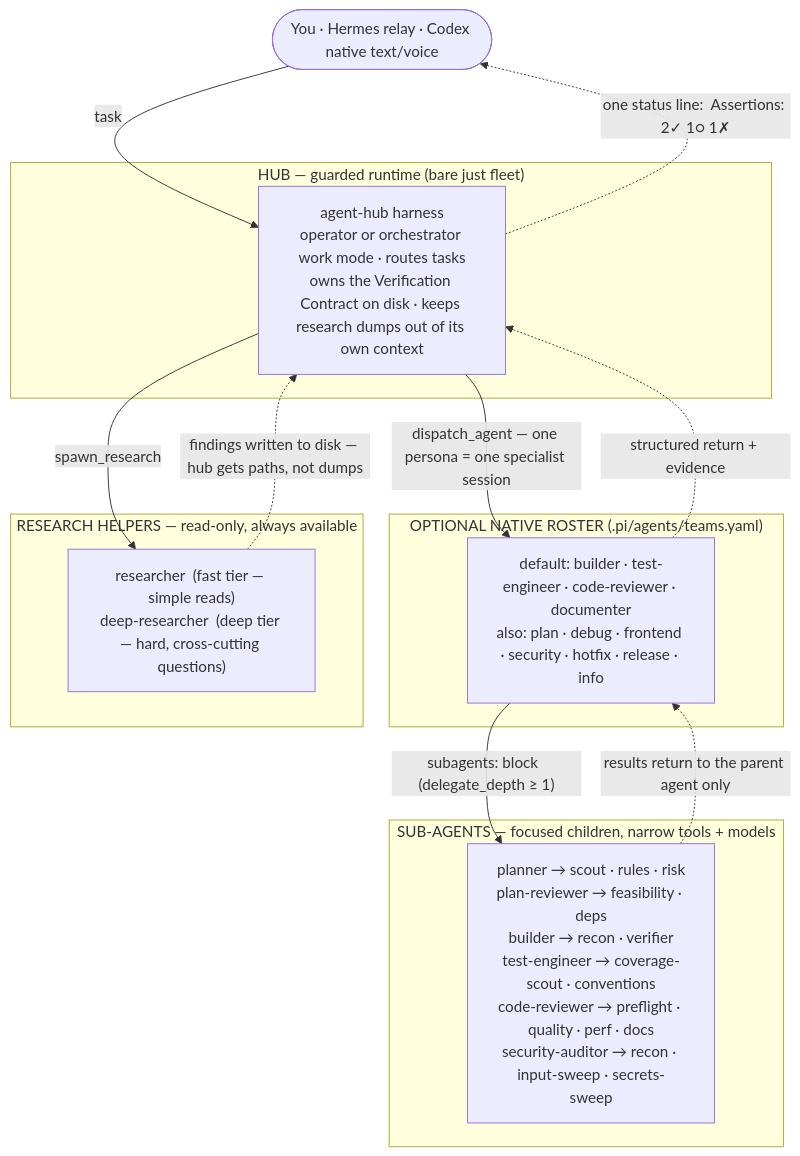
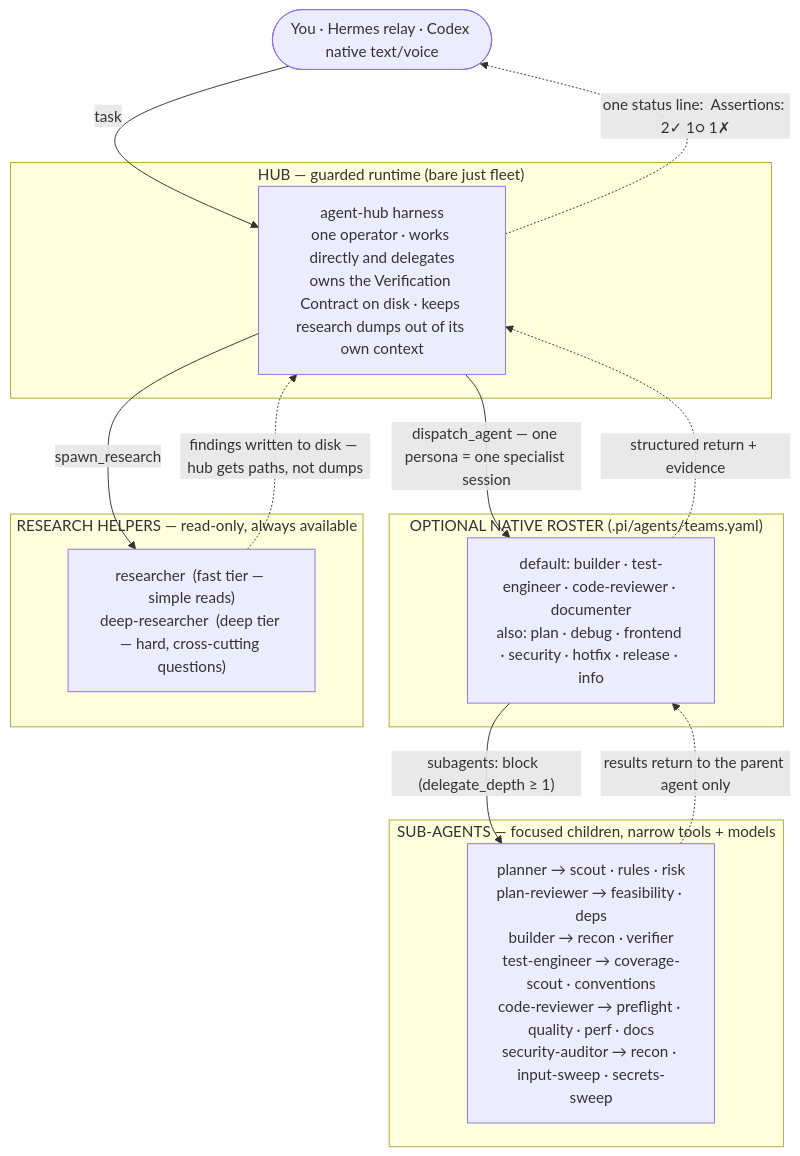
One commit to chankov/agent-fleet changed the first of 2 diagrams in docs/ARCHITECTURE.md. Above: the diagram before and after it, drawn with Mermaid. The commit also changed other lines of this file and 80 other files, not shown here.

First line of the commit message:
Remove the orchestrator work mode: the Hub has one operator

````diff
--- a/docs/ARCHITECTURE.md
+++ b/docs/ARCHITECTURE.md
@@ -206,29 +203,29 @@
 ```mermaid
 flowchart TD
     You(["You · Hermes relay · Codex native text/voice"])
 
     subgraph HUBL["HUB — guarded runtime  (bare just fleet)"]
-        Hub["agent-hub harness<br/>operator or orchestrator work mode · routes tasks<br/>owns the Verification Contract on disk · keeps research dumps out of its own context"]
+        Hub["agent-hub harness<br/>one operator · works directly and delegates<br/>owns the Verification Contract on disk · keeps research dumps out of its own context"]
     end
 
     subgraph TEAML["OPTIONAL NATIVE ROSTER  (.pi/agents/teams.yaml)"]
         Team["default: builder · test-engineer · code-reviewer · documenter<br/>also: plan · debug · frontend · security · hotfix · release · info"]
     end
 
     subgraph RESL["RESEARCH HELPERS — read-only, always available"]
         Research["researcher  (fast tier — simple reads)<br/>deep-researcher  (deep tier — hard, cross-cutting questions)"]
     end
 
     subgraph SUBL["SUB-AGENTS — focused children, narrow tools + models"]
         Subs["planner → scout · rules · risk<br/>plan-reviewer → feasibility · deps<br/>builder → recon · verifier<br/>test-engineer → coverage-scout · conventions<br/>code-reviewer → preflight · quality · perf · docs<br/>security-auditor → recon · input-sweep · secrets-sweep"]
     end
 
     You -->|task| Hub
     Hub -->|"dispatch_agent — one persona = one specialist session"| Team
     Hub -->|"spawn_research"| Research
     Research -.->|"findings written to disk — hub gets paths, not dumps"| Hub
     Team -->|"subagents: block  (delegate_depth ≥ 1)"| Subs
     Subs -.->|"results return to the parent agent only"| Team
     Team -.->|"structured return + evidence"| Hub
     Hub -.->|"one status line:  Assertions: 2✓ 1○ 1✗"| You
 ```
````
